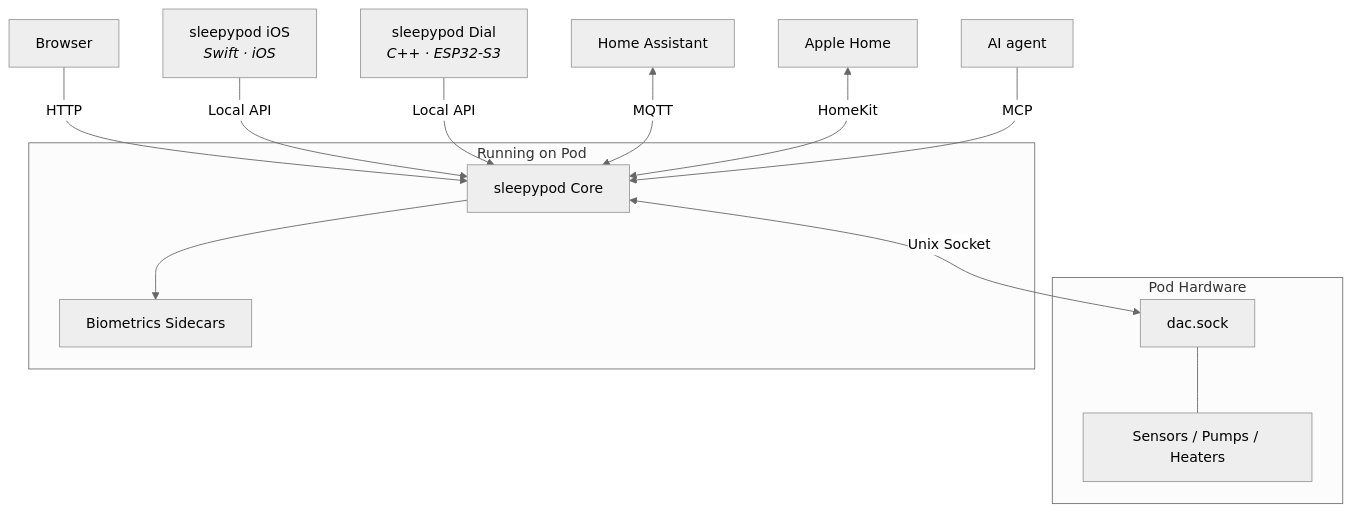
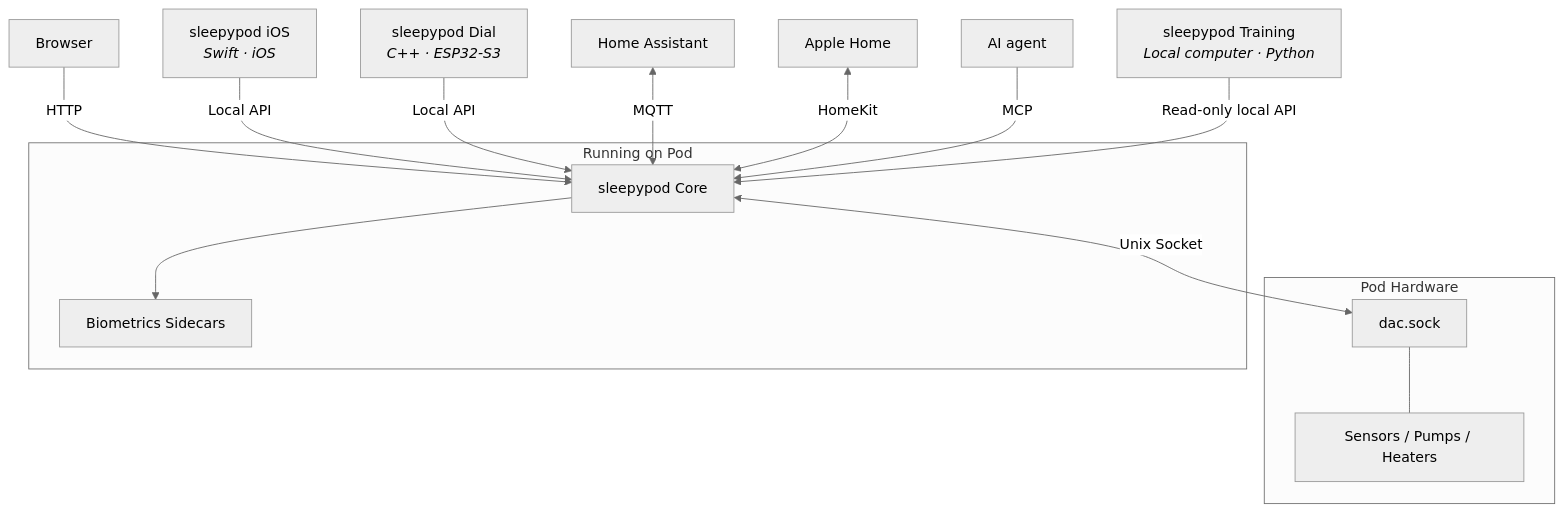
One commit to sleepypod/.github changed the diagram in profile/README.md. Above: the diagram before and after it, drawn with Mermaid (neutral theme). The commit also changed other lines of this file, not shown here.

Commit message:
docs: add training to the sleepypod organization overview (#4)

````diff
--- a/profile/README.md
+++ b/profile/README.md
@@ -37,30 +43,32 @@
 ```mermaid
 graph TD
     subgraph Pod ["Pod Hardware"]
         HW["Sensors / Pumps / Heaters"]
         DAC["dac.sock"]
     end
 
     subgraph OnPod ["Running on Pod"]
         CORE["sleepypod Core"]
         BIO["Biometrics Sidecars"]
     end
 
     BROWSER["Browser"]
     IOS["sleepypod iOS<br/><i>Swift · iOS</i>"]
     DIAL["sleepypod Dial<br/><i>C++ · ESP32-S3</i>"]
     HA["Home Assistant"]
     HOME["Apple Home"]
     AGENT["AI agent"]
+    TRAINING["sleepypod Training<br/><i>Local computer · Python</i>"]
 
     BROWSER -- "HTTP" --> CORE
     IOS -- "Local API" --> CORE
     DIAL -- "Local API" --> CORE
     HA <-- "MQTT" --> CORE
     HOME <-- "HomeKit" --> CORE
     AGENT -- "MCP" --> CORE
+    TRAINING -- "Read-only local API" --> CORE
 
     CORE <-- "Unix Socket" --> DAC
     CORE --> BIO
     DAC --- HW
 ```
````
